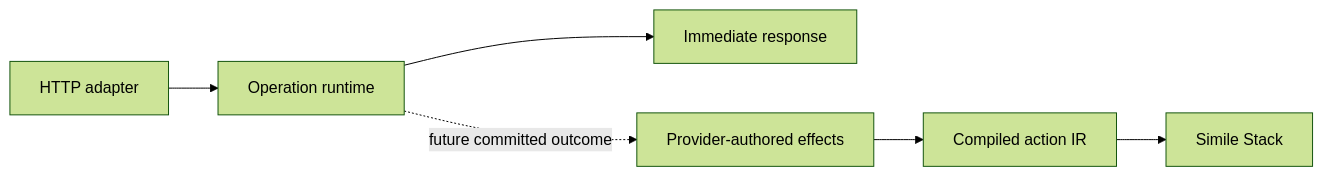
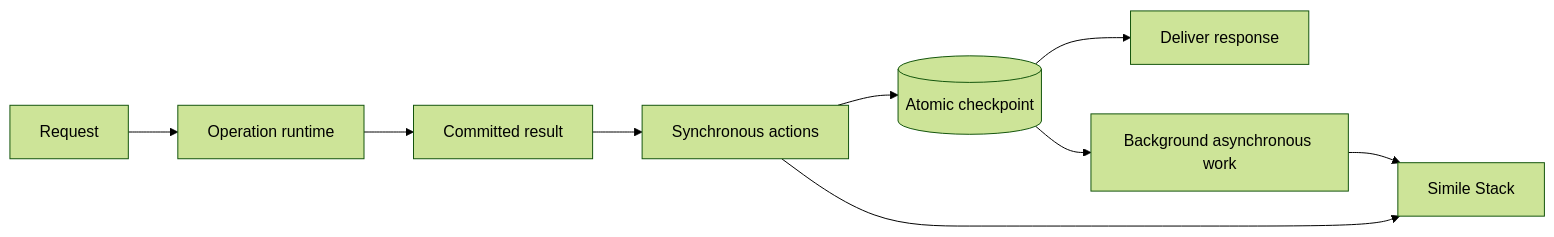
One commit to inttegro/simile changed the diagram in docs/dependencies-and-effects.md. Above: the diagram before and after it, drawn with Mermaid (forest theme). The commit also changed other lines of this file and 26 other files, not shown here.

````diff
--- a/docs/dependencies-and-effects.md
+++ b/docs/dependencies-and-effects.md
@@ -73,8 +11,11 @@
 ```mermaid
 flowchart LR
-  HTTP[HTTP adapter] --> Runtime[Operation runtime]
-  Runtime --> Response[Immediate response]
-  Runtime -. future committed outcome .-> Effects[Provider-authored effects]
-  Effects --> Actions[Compiled action IR]
-  Actions --> Resources[Simile Stack]
+  Request --> Runtime[Operation runtime]
+  Runtime --> Result[Committed result]
+  Result --> Sync[Synchronous actions]
+  Sync --> Checkpoint[(Atomic checkpoint)]
+  Checkpoint --> Response[Deliver response]
+  Checkpoint --> Async[Background asynchronous work]
+  Sync --> Stack[Simile Stack]
+  Async --> Stack
 ```
````
